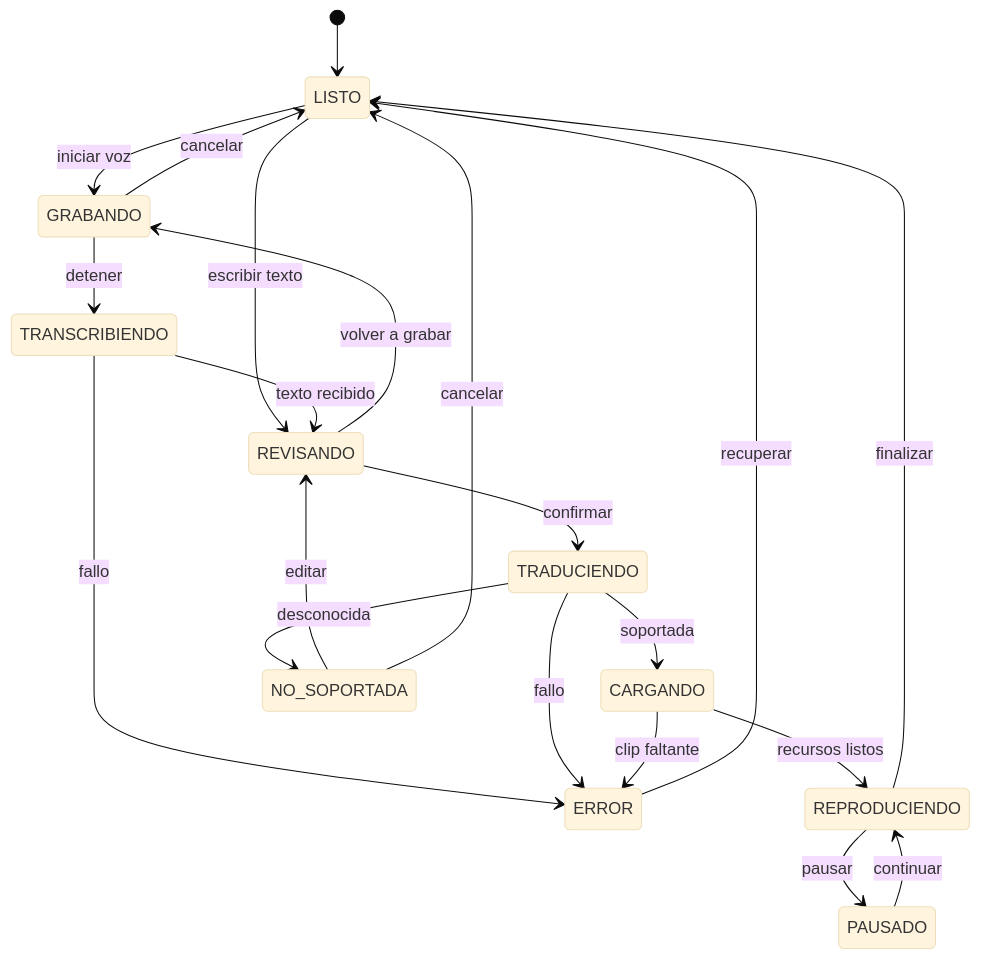
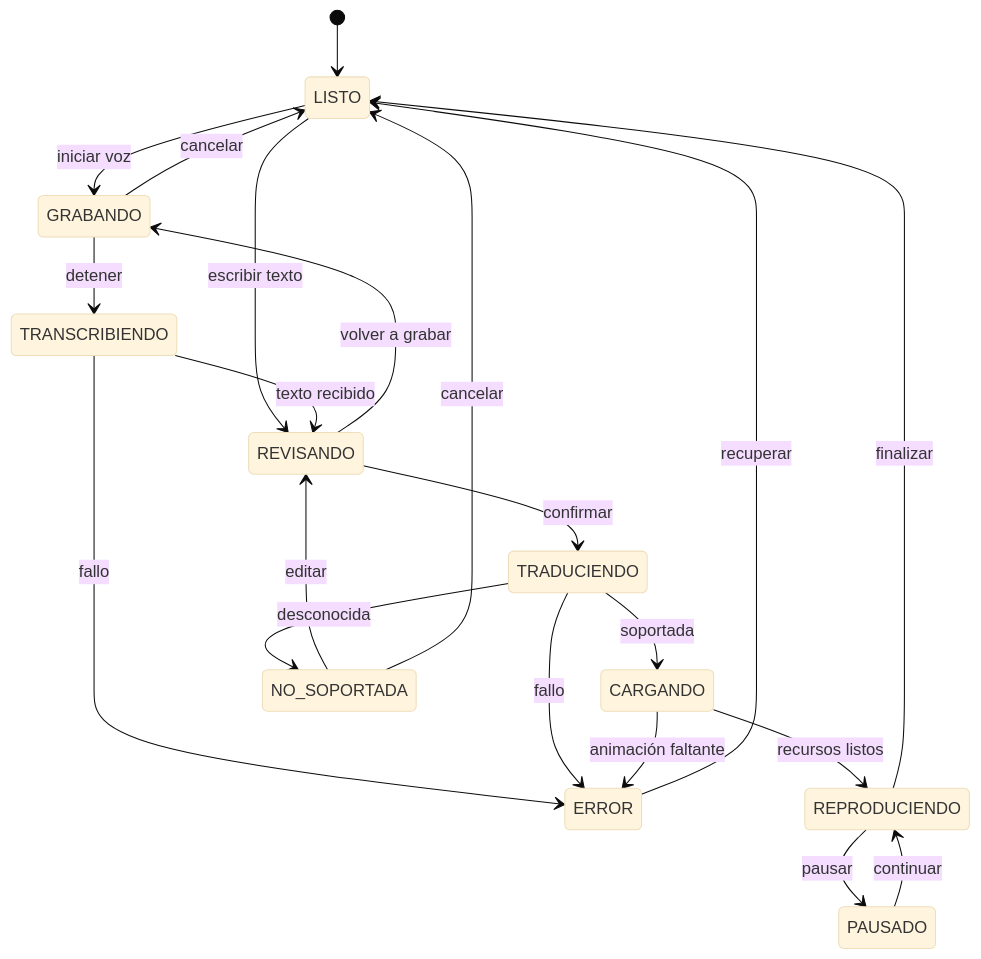
One commit to JhonatanC4STRO/NexoLSC changed the second of 3 diagrams in docs/06-arquitectura/diagramas-secuencia.md. Above: the diagram before and after it, drawn with Mermaid (base theme). The commit also changed other lines of this file and 41 other files, not shown here.

````diff
--- a/docs/06-arquitectura/diagramas-secuencia.md
+++ b/docs/06-arquitectura/diagramas-secuencia.md
@@ -41,23 +41,23 @@
 ```mermaid
 stateDiagram-v2
     [*] --> LISTO
     LISTO --> GRABANDO: iniciar voz
     LISTO --> REVISANDO: escribir texto
     GRABANDO --> TRANSCRIBIENDO: detener
     GRABANDO --> LISTO: cancelar
     TRANSCRIBIENDO --> REVISANDO: texto recibido
     TRANSCRIBIENDO --> ERROR: fallo
     REVISANDO --> TRADUCIENDO: confirmar
     REVISANDO --> GRABANDO: volver a grabar
     TRADUCIENDO --> CARGANDO: soportada
     TRADUCIENDO --> NO_SOPORTADA: desconocida
     TRADUCIENDO --> ERROR: fallo
     CARGANDO --> REPRODUCIENDO: recursos listos
-    CARGANDO --> ERROR: clip faltante
+    CARGANDO --> ERROR: animación faltante
     REPRODUCIENDO --> PAUSADO: pausar
     PAUSADO --> REPRODUCIENDO: continuar
     REPRODUCIENDO --> LISTO: finalizar
     NO_SOPORTADA --> REVISANDO: editar
     NO_SOPORTADA --> LISTO: cancelar
     ERROR --> LISTO: recuperar
 ```
````
